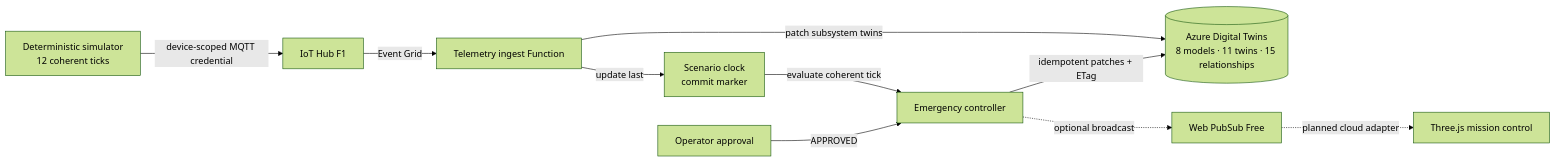
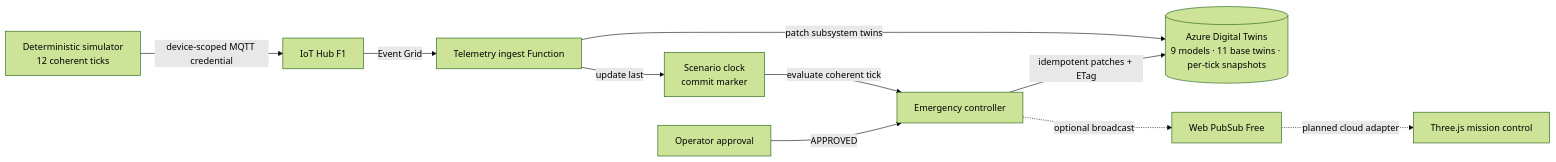
The diagram in README.md (JarthurLabs/ARES-7-Mars-Habitat-Digital-Twin), drawn with Mermaid (forest theme) before and after one commit. The commit also changed other lines of this file and 7 other files, not shown here.

````diff
--- a/README.md
+++ b/README.md
@@ -45,22 +45,22 @@
 ```mermaid
 flowchart LR
   SIM[Deterministic simulator<br/>12 coherent ticks]
   IOT[IoT Hub F1]
   ING[Telemetry ingest Function]
-  ADT[(Azure Digital Twins<br/>8 models · 11 twins · 15 relationships)]
+  ADT[(Azure Digital Twins<br/>9 models · 11 base twins · per-tick snapshots)]
   CLOCK[Scenario clock<br/>commit marker]
   CTL[Emergency controller]
   OP[Operator approval]
   WPS[Web PubSub Free]
   UI[Three.js mission control]
 
   SIM -->|device-scoped MQTT credential| IOT
   IOT -->|Event Grid| ING
   ING -->|patch subsystem twins| ADT
   ING -->|update last| CLOCK
   CLOCK -->|evaluate coherent tick| CTL
   CTL -->|idempotent patches + ETag| ADT
   OP -->|APPROVED| CTL
   CTL -. optional broadcast .-> WPS
   WPS -. planned cloud adapter .-> UI
 ```
````
